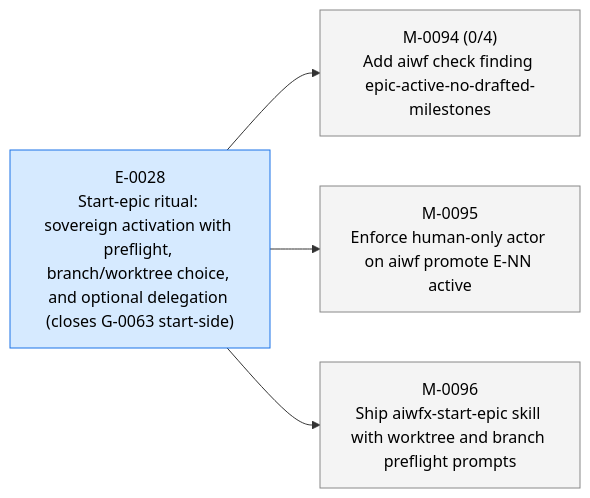
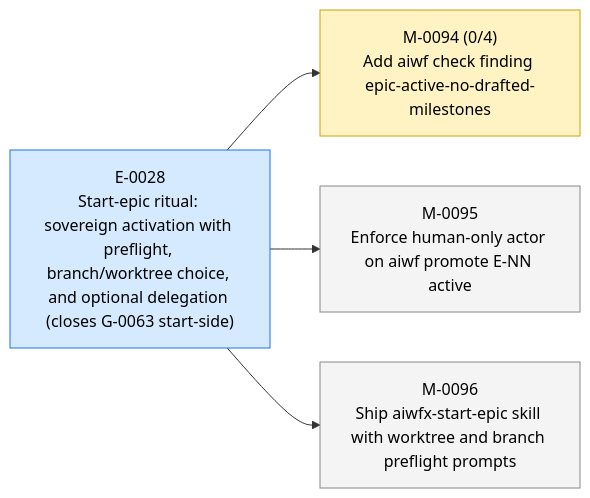
The first of 3 diagrams in STATUS.md (23min/aiwf), drawn with Mermaid before and after one commit. The commit also changed other lines of this file and 1 other file, not shown here.

First line of the commit message:
aiwf promote M-0094 draft -> in_progress

````diff
--- a/STATUS.md
+++ b/STATUS.md
@@ -13,16 +13,16 @@
 ```mermaid
 flowchart LR
   E_0028["E-0028<br/>Start-epic ritual: sovereign activation with preflight, branch/worktree choice, and optional delegation (closes G-0063 start-side)"]:::epic_active
-  M_0094["M-0094 (0/4)<br/>Add aiwf check finding epic-active-no-drafted-milestones"]:::ms_draft
+  M_0094["M-0094 (0/4)<br/>Add aiwf check finding epic-active-no-drafted-milestones"]:::ms_in_progress
   E_0028 --> M_0094
   M_0095["M-0095<br/>Enforce human-only actor on aiwf promote E-NN active"]:::ms_draft
   E_0028 --> M_0095
   M_0096["M-0096<br/>Ship aiwfx-start-epic skill with worktree and branch preflight prompts"]:::ms_draft
   E_0028 --> M_0096
   classDef epic_active fill:#d6eaff,stroke:#1a73e8,color:#000
   classDef epic_proposed fill:#f4f4f4,stroke:#888,color:#000
   classDef ms_done fill:#d8f5d8,stroke:#2a8a2a,color:#000
   classDef ms_in_progress fill:#fff3c4,stroke:#caa400,color:#000
   classDef ms_draft fill:#f4f4f4,stroke:#888,color:#000
   classDef ms_cancelled fill:#fbeaea,stroke:#c33,color:#000
 ```
````
